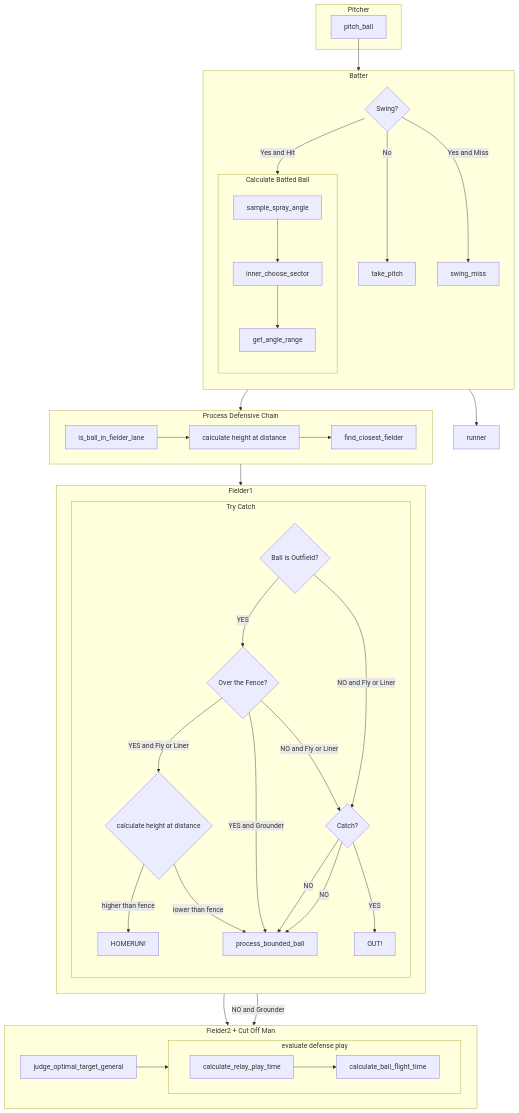
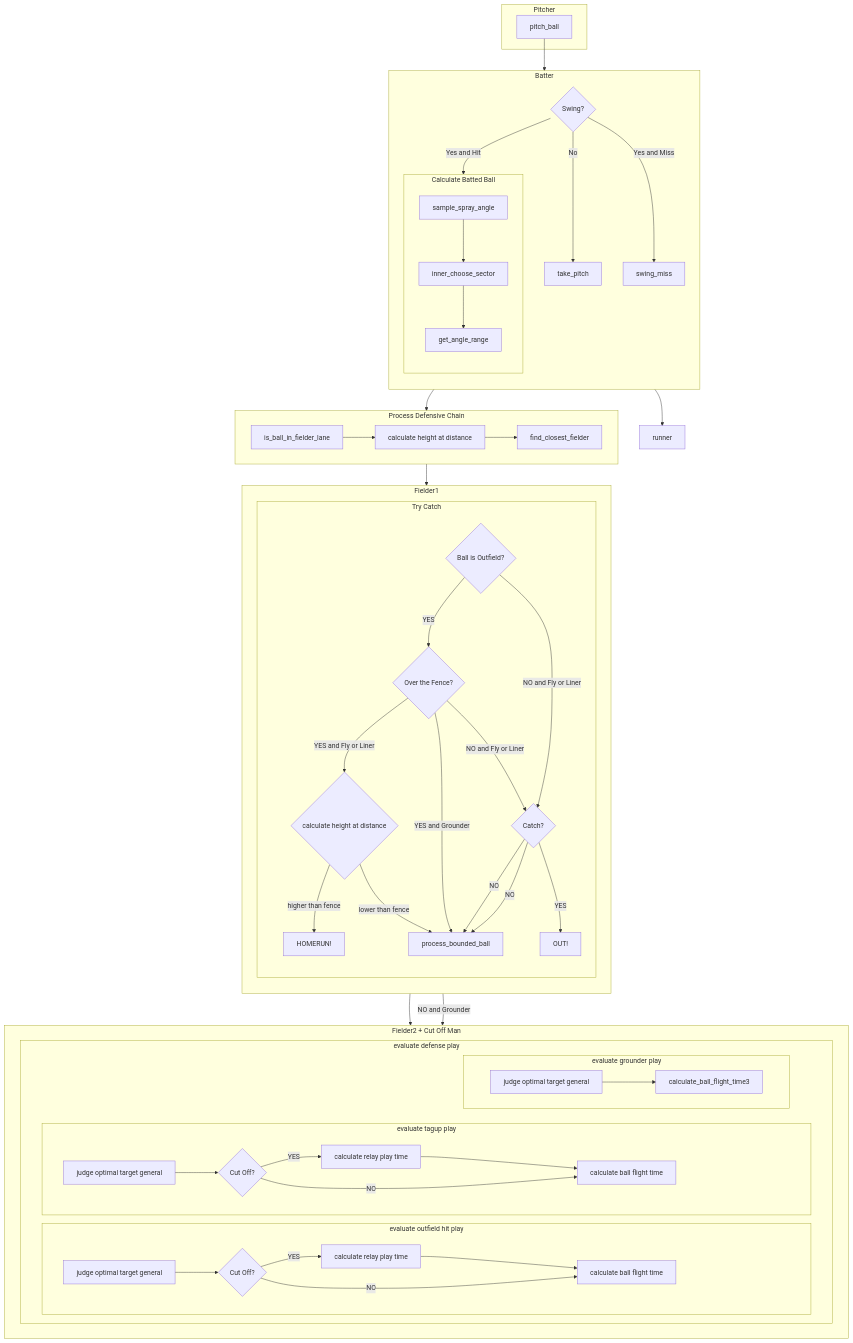
The diagram in docs/ball_play_diagram.mmd (torafugu/saberbb), drawn with Mermaid before and after one commit. The commit also changed 3 other files, not shown here.

```diff
--- a/docs/ball_play_diagram.mmd
+++ b/docs/ball_play_diagram.mmd
@@ -1,59 +1,79 @@
 flowchart TD
   subgraph pitcher["Pitcher"]
     pitch_ball
   end
 
   pitch_ball --> batter
     
   subgraph batter["Batter"]
     direction TB
     swing{Swing?}
     swing --> |No|take_pitch
     swing --> |Yes and Miss|swing_miss
     swing --> |Yes and Hit|calculate_batted_ball
   end
 
   subgraph calculate_batted_ball["Calculate Batted Ball"]
     direction TB
     sample_spray_angle --> inner_choose_sector --> get_angle_range
   end
 
   calculate_batted_ball --> process_defensive_chain
   calculate_batted_ball --> runner
 
   subgraph process_defensive_chain["Process Defensive Chain"]
     is_ball_in_fielder_lane --> calculate_height_at_distance1["calculate height at distance"]
     calculate_height_at_distance1 --> find_closest_fielder
   end
 
   process_defensive_chain --> fielder1
 
   subgraph fielder1["Fielder1"]
     direction TB
     try_catch
   end
 
   subgraph try_catch["Try Catch"]
     direction TB
     outfield{Ball is Outfield?} --> |YES|over_the_fence{Over the Fence?}
     over_the_fence --> |YES and Fly or Liner|calculate_height_at_distance2{"calculate height at distance"}
     calculate_height_at_distance2 --> |higher than fence|HOMERUN!
     calculate_height_at_distance2 --> |lower than fence|process_bounded_ball
     over_the_fence --> |YES and Grounder|process_bounded_ball
     over_the_fence --> |NO and Fly or Liner|catch_fly{Catch?}
     outfield{Ball is Outfield?} --> |NO and Fly or Liner|catch_fly{Catch?}
     catch_fly --> |YES|OUT!
     catch_fly --> |NO|process_bounded_ball
     catch_fly --> |NO|process_bounded_ball
   end
 
   process_bounded_ball --> fielder2
     outfield{Ball is Outfield?} --> |NO and Grounder|fielder2
 
   subgraph fielder2["Fielder2 + Cut Off Man"]
-    judge_optimal_target_general --> evaluate_defense_play
+    evaluate_defense_play
   end
 
   subgraph evaluate_defense_play["evaluate defense play"]
-    calculate_relay_play_time --> calculate_ball_flight_time
+    evaluate_tagup_play
+    evaluate_outfield_hit_play
+    evaluate_grounder_play
   end
+
+  subgraph evaluate_tagup_play["evaluate tagup play"]
+    judge_optimal_target_general1["judge optimal target general"] --> cutt_off1{Cut Off?}
+    cutt_off1 --> |YES|calculate_relay_play_time1["calculate relay play time"]
+    calculate_relay_play_time1 --> calculate_ball_flight_time1["calculate ball flight time"]
+    cutt_off1 --> |NO|calculate_ball_flight_time1
+  end
+
+  subgraph evaluate_outfield_hit_play["evaluate outfield hit play"]
+    judge_optimal_target_general2["judge optimal target general"] --> cutt_off2{Cut Off?}
+    cutt_off2 --> |YES|calculate_relay_play_time2["calculate relay play time"]
+    calculate_relay_play_time2 --> calculate_ball_flight_time2["calculate ball flight time"]
+    cutt_off2 --> |NO|calculate_ball_flight_time2
+  end
+
+  subgraph evaluate_grounder_play["evaluate grounder play"]
+    judge_optimal_target_general3["judge optimal target general"] --> calculate_ball_flight_time3
+  end
```
